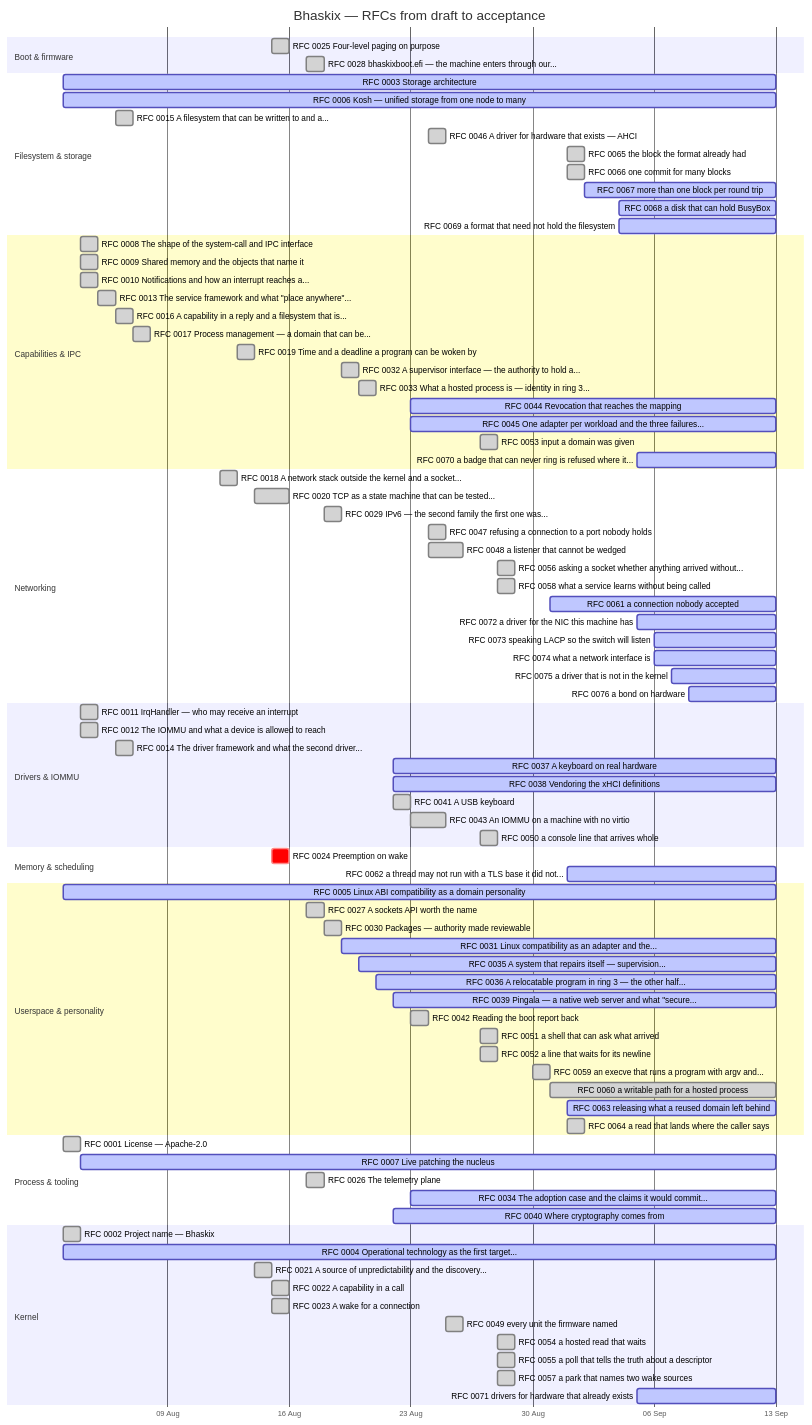
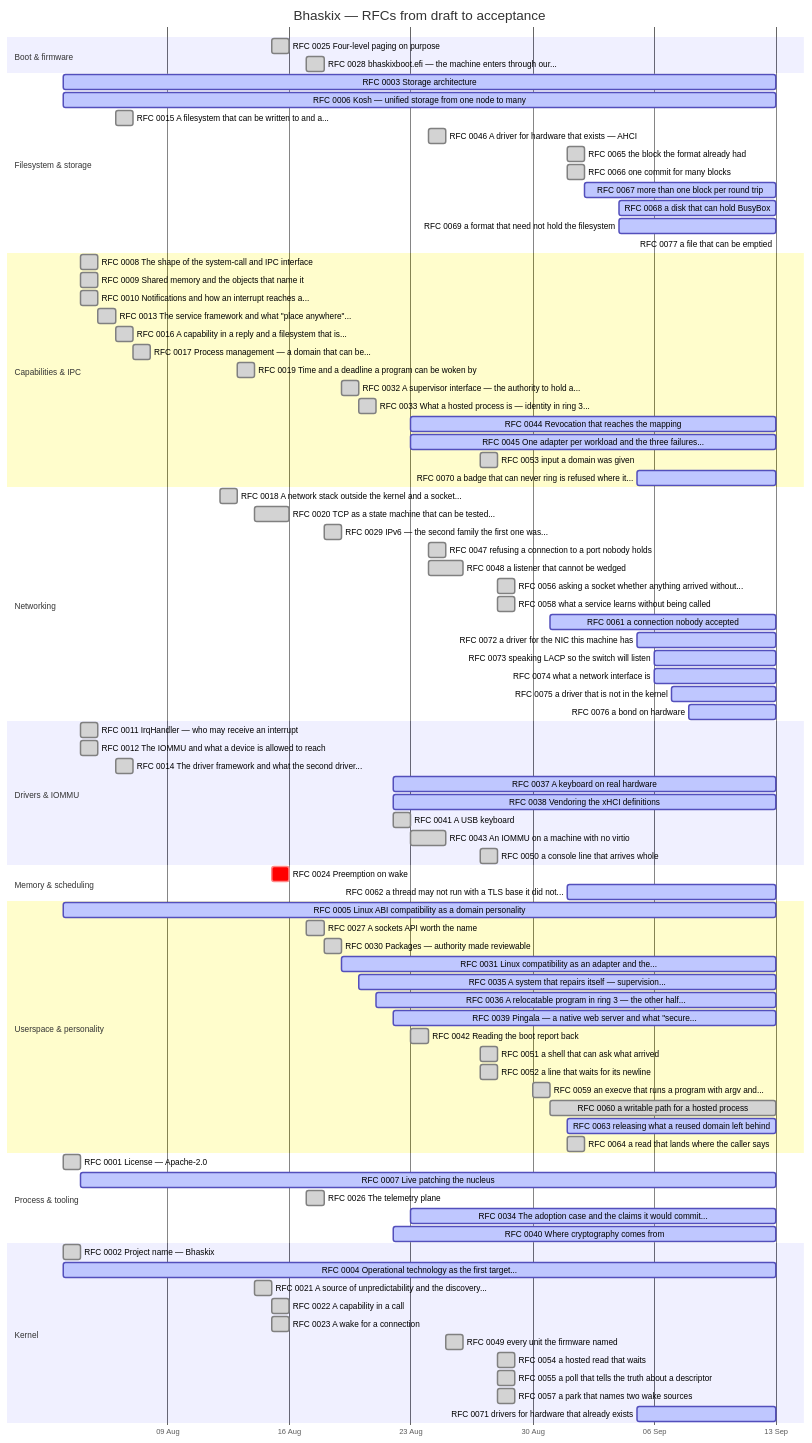
The diagram in docs/progress.md (bhaskix/bhaskix), drawn with Mermaid before and after one commit. The commit also changed other lines of this file and 1 other file, not shown here.

```diff
--- a/docs/progress.md
+++ b/docs/progress.md
@@ -40,6 +40,7 @@
     RFC 0067 more than one block per round trip :active, r0067, 2026-09-02, 2026-09-13
     RFC 0068 a disk that can hold BusyBox :active, r0068, 2026-09-04, 2026-09-13
     RFC 0069 a format that need not hold the filesystem :active, r0069, 2026-09-04, 2026-09-13
+    RFC 0077 a file that can be emptied :active, r0077, 2026-09-13, 2026-09-13
     section Capabilities & IPC
     RFC 0008 The shape of the system-call and IPC interface :done, r0008, 2026-08-04, 1d
     RFC 0009 Shared memory and the objects that name it :done, r0009, 2026-08-04, 1d
```
